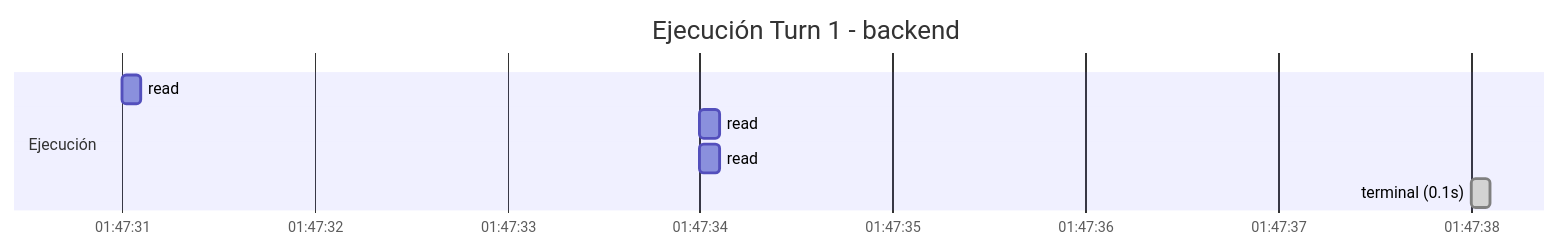
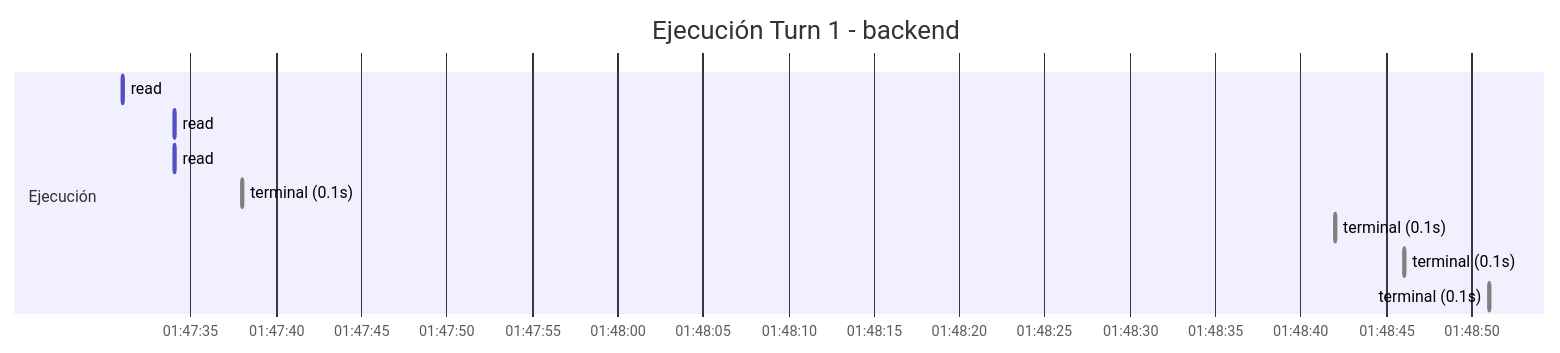
One commit to luisdalmasso/orquestador-contamela changed the diagram in .ponytail/traces/2026-07-09_auto_recovered_ae71575df28f/backend_ae71575df28f.md. Above: the diagram before and after it, drawn with Mermaid. The commit also changed other lines of this file, not shown here.

````diff
--- a/.ponytail/traces/2026-07-09_auto_recovered_ae71575df28f/backend_ae71575df28f.md
+++ b/.ponytail/traces/2026-07-09_auto_recovered_ae71575df28f/backend_ae71575df28f.md
@@ -151,12 +151,15 @@
 ```mermaid
 gantt
     title Ejecución Turn 1 - backend
     dateFormat  HH:mm:ss
     axisFormat  %H:%M:%S
 
     section Ejecución
     read: (0.1s)  :done, 01:47:31, 0.1s
     read: (0.1s)  :done, 01:47:34, 0.1s
     read: (0.1s)  :done, 01:47:34, 0.1s
     terminal (0.1s)  :done, 01:47:38, 0.1s
+    terminal (0.1s)  :done, 01:48:42, 0.1s
+    terminal (0.1s)  :done, 01:48:46, 0.1s
+    terminal (0.1s)  :done, 01:48:51, 0.1s
 ```
````
